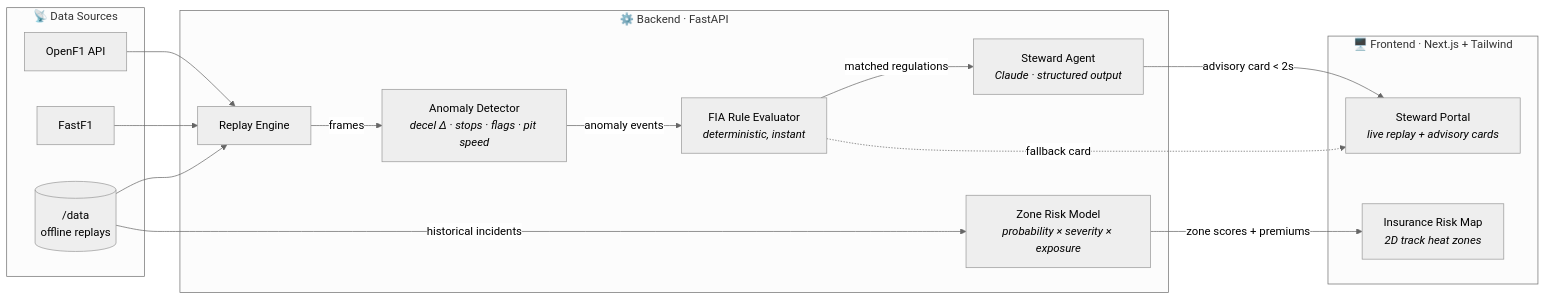
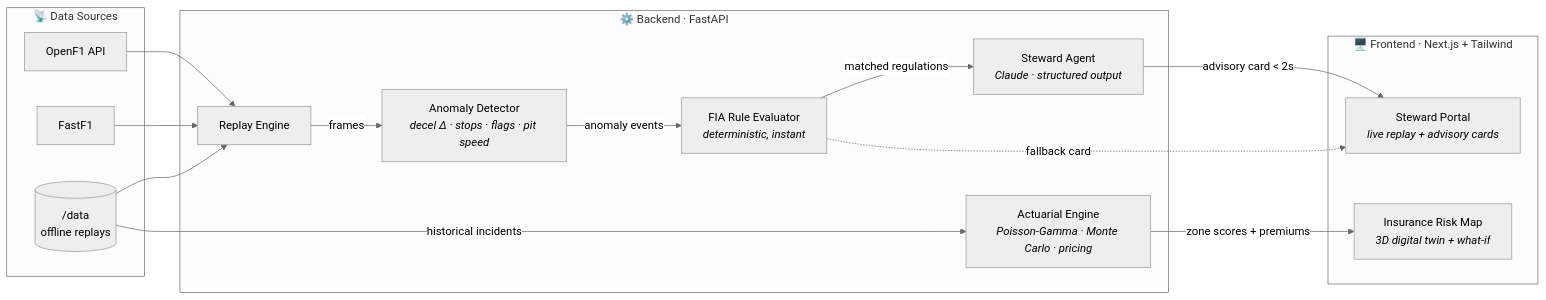
The diagram in README.md (Muhammad-Rayyan-Moosani/FIA_ASSISTANT), drawn with Mermaid (neutral theme) before and after one commit. The commit also changed other lines of this file and 10 other files, not shown here.

First line of the commit message:
Add insurance module architecture and align repo layout

````diff
--- a/README.md
+++ b/README.md
@@ -58,32 +60,32 @@
 ```mermaid
 flowchart LR
     subgraph SRC["📡 Data Sources"]
         OF1[OpenF1 API]
         FF1[FastF1]
         DUMP[("/data<br/>offline replays")]
     end
 
     subgraph BE["⚙️ Backend · FastAPI"]
         RE[Replay Engine]
         AD[Anomaly Detector<br/><i>decel Δ · stops · flags · pit speed</i>]
         RULES[FIA Rule Evaluator<br/><i>deterministic, instant</i>]
         LLM[Steward Agent<br/><i>Claude · structured output</i>]
-        RISK[Zone Risk Model<br/><i>probability × severity × exposure</i>]
+        RISK[Actuarial Engine<br/><i>Poisson-Gamma · Monte Carlo · pricing</i>]
     end
 
     subgraph FE["🖥️ Frontend · Next.js + Tailwind"]
         SP[Steward Portal<br/><i>live replay + advisory cards</i>]
-        IM[Insurance Risk Map<br/><i>2D track heat zones</i>]
+        IM[Insurance Risk Map<br/><i>3D digital twin + what-if</i>]
     end
 
     OF1 --> RE
     FF1 --> RE
     DUMP --> RE
     RE -->|frames| AD
     AD -->|anomaly events| RULES
     RULES -->|matched regulations| LLM
     LLM -->|advisory card < 2s| SP
     RULES -.->|fallback card| SP
     DUMP -->|historical incidents| RISK
     RISK -->|zone scores + premiums| IM
 ```
````
